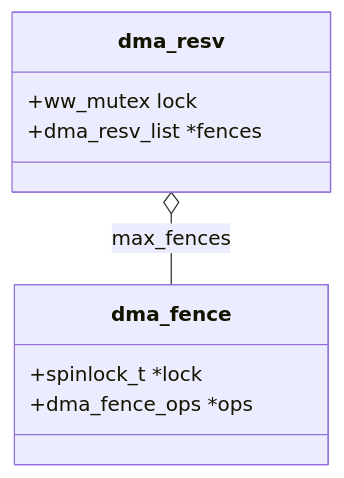
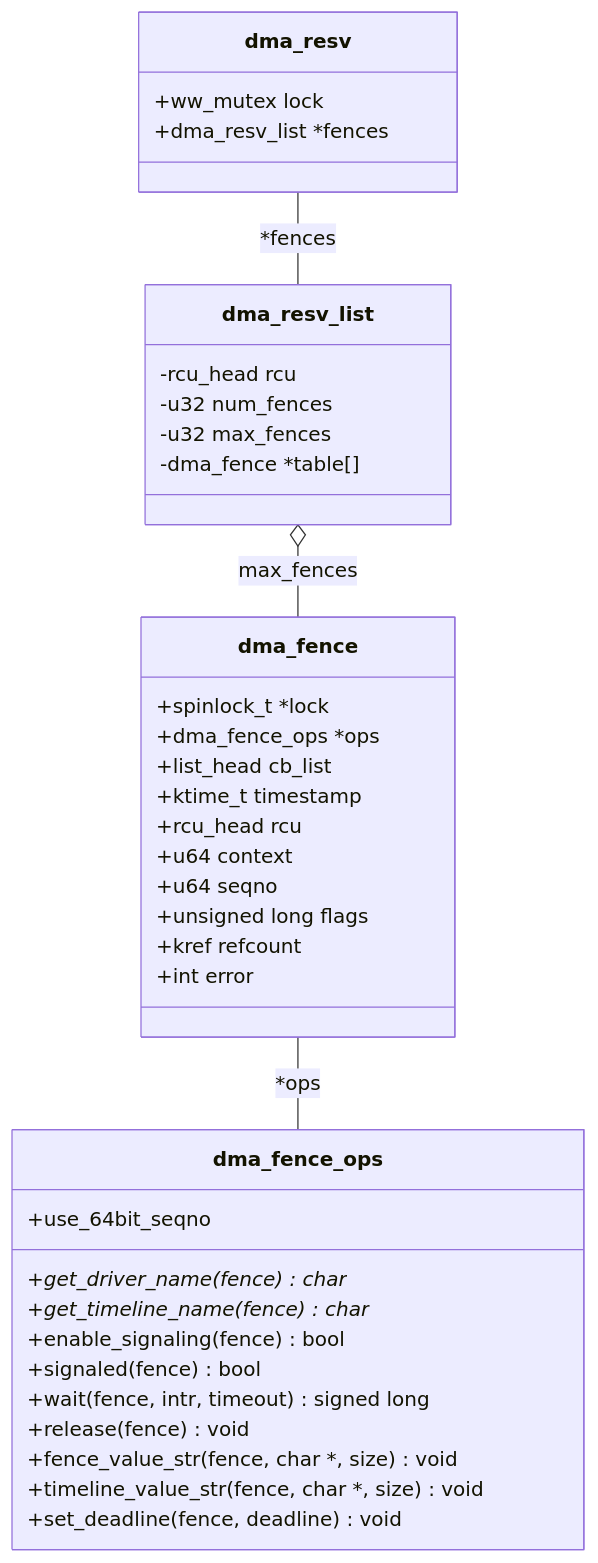
One commit to lucmann/lucmann.github.io changed the diagram in source/_posts/lnx/dma-buf.md. Above: the diagram before and after it, drawn with Mermaid. The commit also changed other lines of this file and 1 other file, not shown here.

Commit message:
linux: dma-buf

````diff
--- a/source/_posts/lnx/dma-buf.md
+++ b/source/_posts/lnx/dma-buf.md
@@ -125,12 +125,40 @@
 ```mermaid
 classDiagram
-	dma_resv o-- dma_fence : max_fences
+	dma_resv  -- dma_resv_list : *fences
+    dma_fence -- dma_fence_ops : *ops
+    dma_resv_list o-- dma_fence: max_fences
 	class dma_resv{
 		+ww_mutex lock
 		+dma_resv_list *fences
 	}
+    class dma_resv_list{
+        -rcu_head rcu
+        -u32 num_fences
+        -u32 max_fences
+        -dma_fence *table[]
+    }
 	class dma_fence{
 		+spinlock_t *lock
 		+dma_fence_ops *ops
+        +list_head cb_list
+        +ktime_t timestamp
+        +rcu_head rcu
+        +u64 context
+        +u64 seqno
+        +unsigned long flags
+        +kref refcount
+        +int error
 	}
+    class dma_fence_ops{
+        +use_64bit_seqno
+        +get_driver_name(fence) char *
+        +get_timeline_name(fence) char *
+        +enable_signaling(fence) bool
+        +signaled(fence) bool
+        +wait(fence, intr, timeout) signed long
+        +release(fence) void
+        +fence_value_str(fence, char *, size) void
+        +timeline_value_str(fence, char *, size) void
+        +set_deadline(fence, deadline) void
+    }
 ```
````
